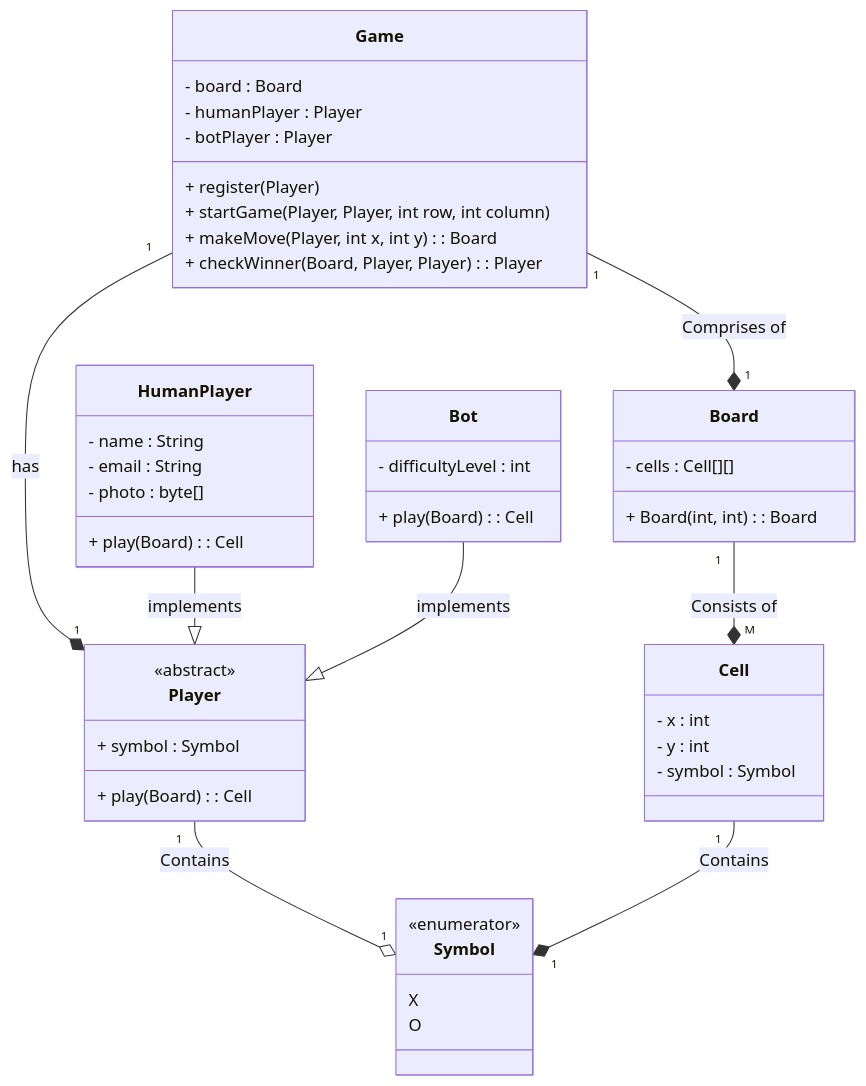
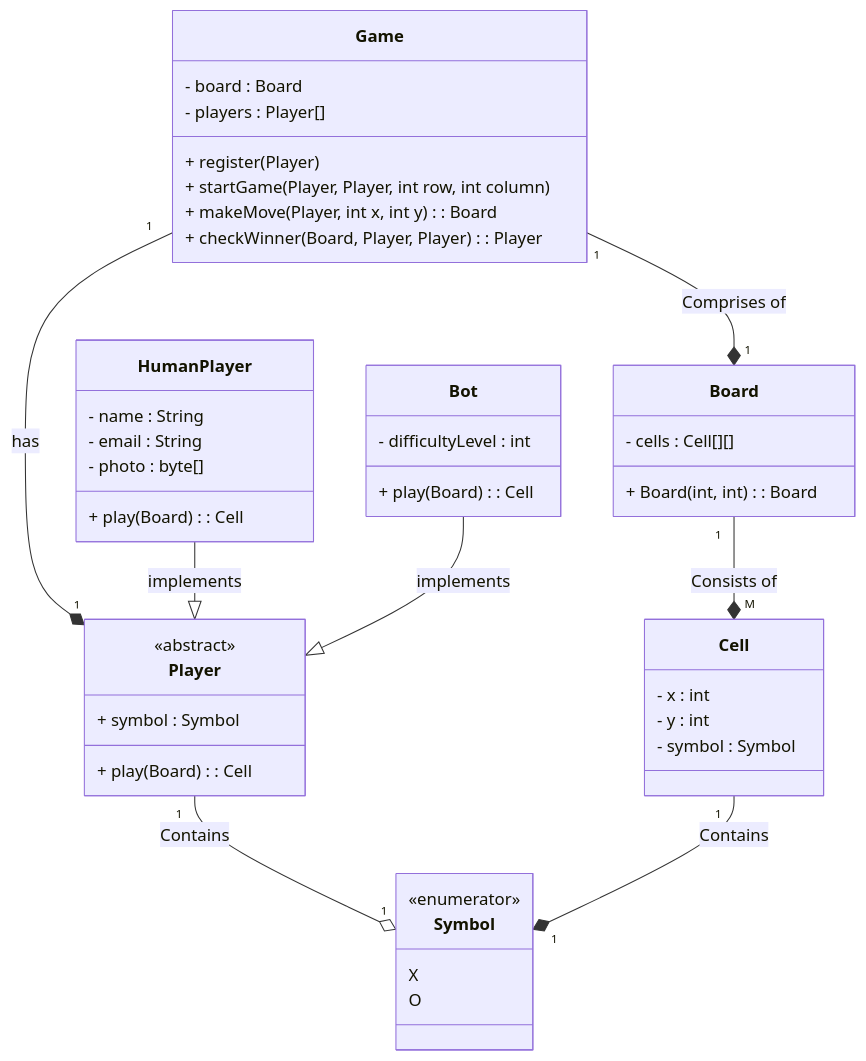
The second of 2 diagrams in TicTacToe/TicTacToe.md (Sheersendu/LLD-Case-Studies), drawn with Mermaid before and after one commit. The commit also changed other lines of this file, not shown here.

Commit message:
Tic Tac Toe class diagram v1

````diff
--- a/TicTacToe/TicTacToe.md
+++ b/TicTacToe/TicTacToe.md
@@ -62,48 +62,47 @@
 ```mermaid
 classDiagram
 class Game {
     - board : Board
-    - humanPlayer : Player
-    - botPlayer : Player
+    - players : Player[]
     + register(Player)
     + startGame(Player, Player, int row, int column)
     + makeMove(Player, int x, int y) : Board
     + checkWinner(Board, Player, Player) : Player
 }
 class Board {
     - cells : Cell[][] 
     + Board(int, int) : Board
 }
 class Cell {
     - x : int
     - y : int
     - symbol : Symbol
 }
 class Player {
     <<abstract>>
     + symbol : Symbol
     + play(Board) : Cell
 }
 class HumanPlayer {
     - name : String
     - email : String
     - photo : byte[]
     + play(Board) : Cell
 }
 class Bot {
     - difficultyLevel : int
     + play(Board) : Cell
 }
 class Symbol {
     <<enumerator>>
     X
     O
 }
 Game "1" --* "1" Board : Comprises of
 Board "1" --* "M" Cell : Consists of
 Player "1" --o "1" Symbol : Contains
 Game "1" --* "1" Player : has
 HumanPlayer --|> Player : implements
 Bot --|> Player : implements
 Cell "1" --* "1" Symbol : Contains
 ```
````
